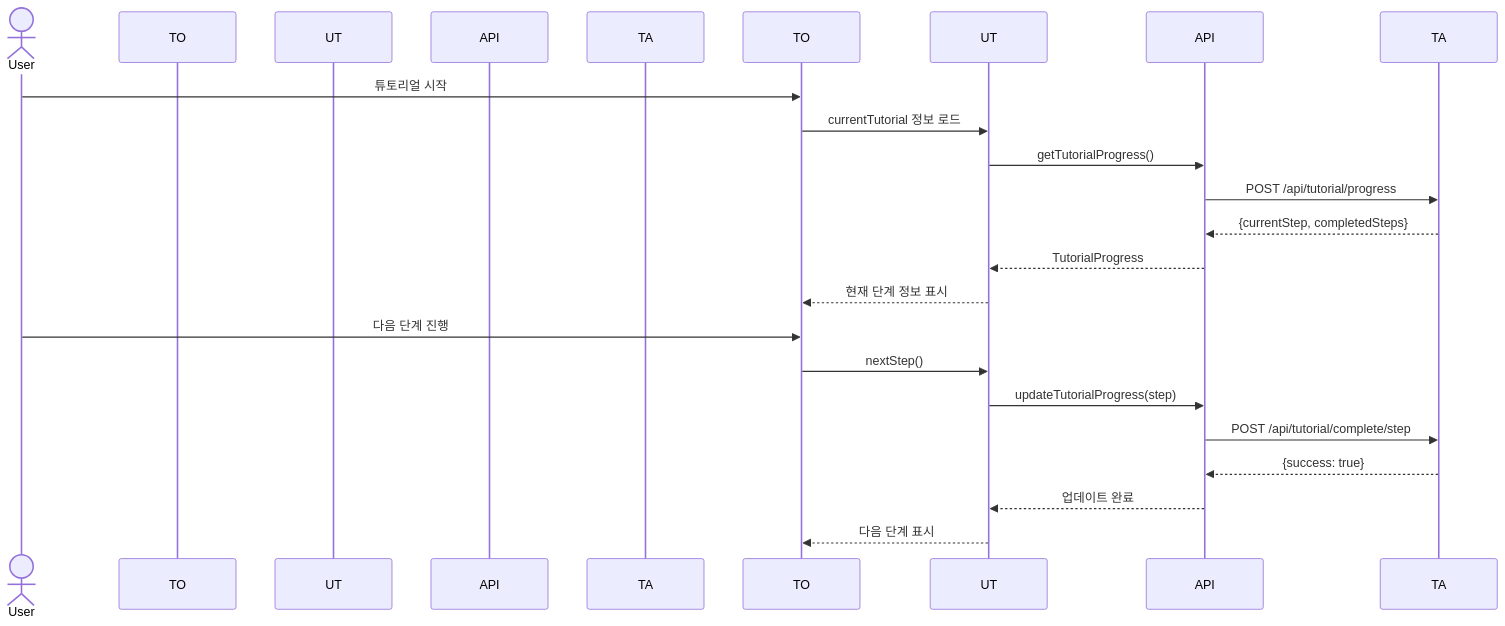
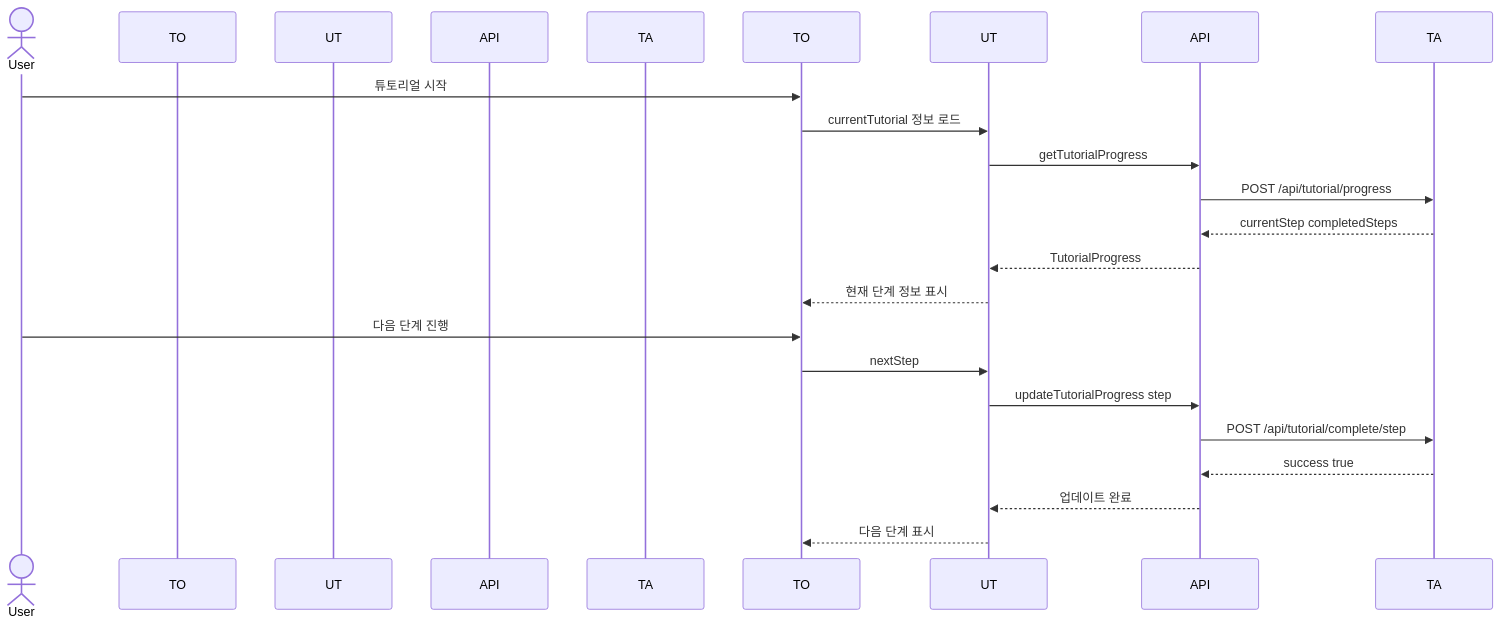
Diagram 18 of 31 in FRONTEND_UML_SPECIFICATION.md (SKNETWORKS-FAMILY-AICAMP/SKN12-FINAL-2TEAM), drawn with Mermaid before and after one commit. The commit also changed other lines of this file, not shown here.

````diff
--- a/FRONTEND_UML_SPECIFICATION.md
+++ b/FRONTEND_UML_SPECIFICATION.md
@@ -772,24 +772,24 @@
 ```mermaid
 sequenceDiagram
     actor User
     participant TutorialOverlay as TO
     participant useTutorial as UT
     participant ApiClient as API
     participant TutorialAPI as TA
     
     User->>TO: 튜토리얼 시작
     TO->>UT: currentTutorial 정보 로드
-    UT->>API: getTutorialProgress()
+    UT->>API: getTutorialProgress
     API->>TA: POST /api/tutorial/progress
-    TA-->>API: {currentStep, completedSteps}
+    TA-->>API: currentStep completedSteps
     API-->>UT: TutorialProgress
     UT-->>TO: 현재 단계 정보 표시
     
     User->>TO: 다음 단계 진행
-    TO->>UT: nextStep()
-    UT->>API: updateTutorialProgress(step)
+    TO->>UT: nextStep
+    UT->>API: updateTutorialProgress step
     API->>TA: POST /api/tutorial/complete/step
-    TA-->>API: {success: true}
+    TA-->>API: success true
     API-->>UT: 업데이트 완료
     UT-->>TO: 다음 단계 표시
 ```
````
